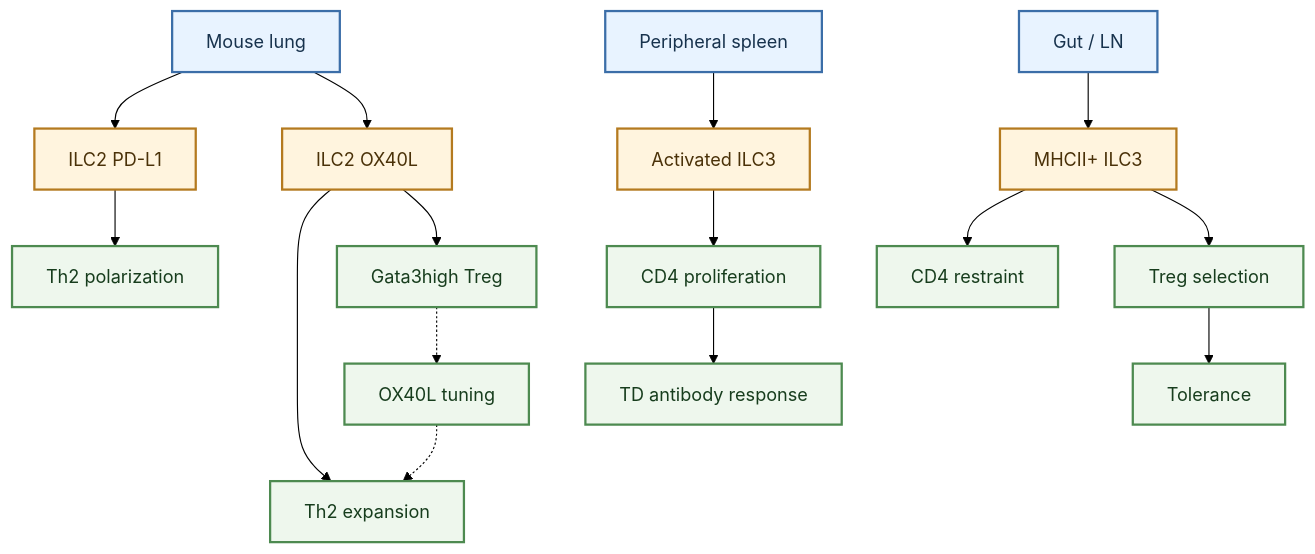
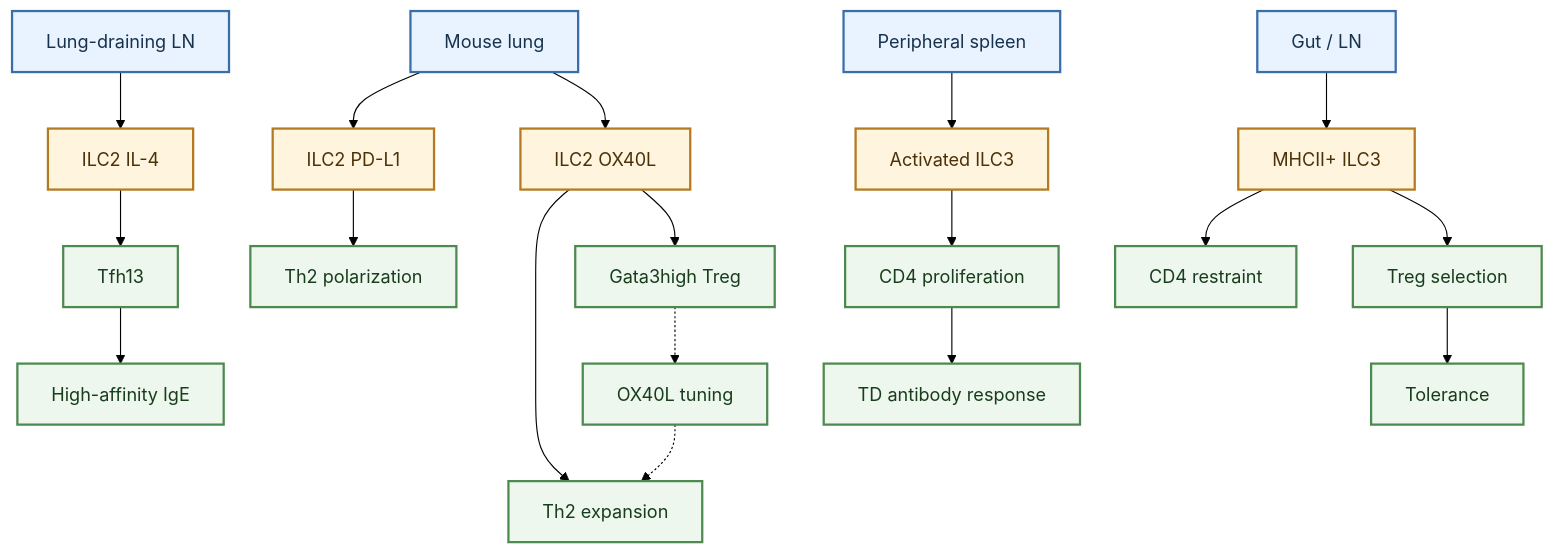
One commit to shao1116/ILC-Wiki changed the first of 2 diagrams in wiki/topics/ILC_regulation_of_adaptive_immunity.md. Above: the diagram before and after it, drawn with Mermaid (forest theme). The commit also changed other lines of this file and 11 other files, not shown here.

````diff
--- a/wiki/topics/ILC_regulation_of_adaptive_immunity.md
+++ b/wiki/topics/ILC_regulation_of_adaptive_immunity.md
@@ -148,27 +158,30 @@
 ```mermaid
 flowchart TB
     accTitle: ILC Adaptive Immunity T Cell Map
     accDescr: Compact map of lung ILC2 costimulation and gut ILC3 T-cell tolerance mechanisms.
 
     lung["Mouse lung"] --> pdl1["ILC2 PD-L1"]
     lung --> ilc2["ILC2 OX40L"]
+    ldn["Lung-draining LN"] --> ln_ilc2["ILC2 IL-4"]
     pdl1 --> th2_pol["Th2 polarization"]
     ilc2 --> th2["Th2 expansion"]
     ilc2 --> treg_lung["Gata3high Treg"]
     treg_lung -.-> ox40l_tune["OX40L tuning"]
     ox40l_tune -.-> th2
+    ln_ilc2 --> tfh13["Tfh13"]
+    tfh13 --> ige["High-affinity IgE"]
     spleen["Peripheral spleen"] --> act_ilc3["Activated ILC3"]
     act_ilc3 --> cd4_prolif["CD4 proliferation"]
     cd4_prolif --> td_bcell["TD antibody response"]
     gut["Gut / LN"] --> ilc3_mhcii["MHCII+ ILC3"]
     ilc3_mhcii --> cd4["CD4 restraint"]
     ilc3_mhcii --> treg_gut["Treg selection"]
     treg_gut --> tolerance["Tolerance"]
 
     classDef tissue fill:#e8f3ff,stroke:#3b6ea8,stroke-width:2px,color:#17324d
     classDef ilc fill:#fff4de,stroke:#b47a1f,stroke-width:2px,color:#4a3108
     classDef adaptive fill:#eef7ed,stroke:#4d8a50,stroke-width:2px,color:#173d1d
-    class lung,gut,spleen tissue
-    class pdl1,ilc2,ilc3_mhcii,act_ilc3 ilc
-    class th2_pol,th2,treg_lung,ox40l_tune,cd4,treg_gut,tolerance,cd4_prolif,td_bcell adaptive
+    class lung,gut,spleen,ldn tissue
+    class pdl1,ilc2,ln_ilc2,ilc3_mhcii,act_ilc3 ilc
+    class th2_pol,th2,treg_lung,ox40l_tune,tfh13,ige,cd4,treg_gut,tolerance,cd4_prolif,td_bcell adaptive
 ```
````
